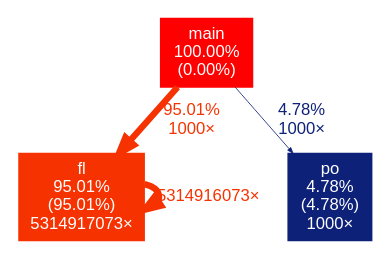
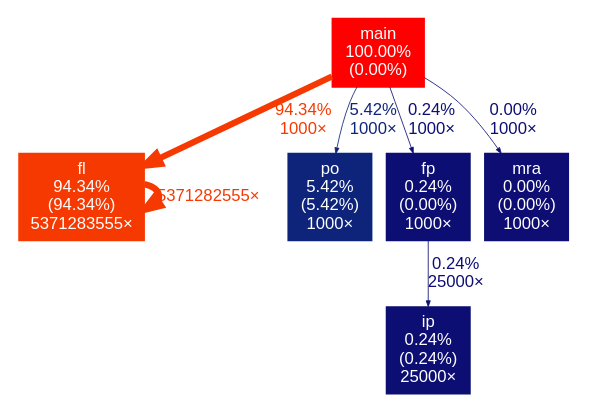
The diagram in result/q7/q7.dot (fmelosilva/performance-evaluation), drawn with Graphviz before and after one commit. The commit also changed 4 other files, not shown here.

```diff
--- a/result/q7/q7.dot
+++ b/result/q7/q7.dot
@@ -1,11 +1,17 @@
 digraph {
 	graph [fontname=Arial, nodesep=0.125, ranksep=0.25];
 	node [fontcolor=white, fontname=Arial, height=0, shape=box, style=filled, width=0];
 	edge [fontname=Arial];
 	1 [color="#ff0000", fontcolor="#ffffff", fontsize="10.00", label="main\n100.00%\n(0.00%)"];
-	1 -> 2 [arrowsize="0.97", color="#f73201", fontcolor="#f73201", fontsize="10.00", label="95.01%\n1000×", labeldistance="3.80", penwidth="3.80"];
-	1 -> 3 [arrowsize="0.35", color="#0d2179", fontcolor="#0d2179", fontsize="10.00", label="4.78%\n1000×", labeldistance="0.50", penwidth="0.50"];
-	2 [color="#f73201", fontcolor="#ffffff", fontsize="10.00", label="fl\n95.01%\n(95.01%)\n5314917073×"];
-	2 -> 2 [arrowsize="0.97", color="#f73201", fontcolor="#f73201", fontsize="10.00", label="5314916073×", labeldistance="3.80", penwidth="3.80"];
-	3 [color="#0d2179", fontcolor="#ffffff", fontsize="10.00", label="po\n4.78%\n(4.78%)\n1000×"];
+	1 -> 2 [arrowsize="0.97", color="#f63901", fontcolor="#f63901", fontsize="10.00", label="94.34%\n1000×", labeldistance="3.77", penwidth="3.77"];
+	1 -> 3 [arrowsize="0.35", color="#0d247a", fontcolor="#0d247a", fontsize="10.00", label="5.42%\n1000×", labeldistance="0.50", penwidth="0.50"];
+	1 -> 5 [arrowsize="0.35", color="#0d0e73", fontcolor="#0d0e73", fontsize="10.00", label="0.24%\n1000×", labeldistance="0.50", penwidth="0.50"];
+	1 -> 6 [arrowsize="0.35", color="#0d0d73", fontcolor="#0d0d73", fontsize="10.00", label="0.00%\n1000×", labeldistance="0.50", penwidth="0.50"];
+	2 [color="#f63901", fontcolor="#ffffff", fontsize="10.00", label="fl\n94.34%\n(94.34%)\n5371283555×"];
+	2 -> 2 [arrowsize="0.97", color="#f63901", fontcolor="#f63901", fontsize="10.00", label="5371282555×", labeldistance="3.77", penwidth="3.77"];
+	3 [color="#0d247a", fontcolor="#ffffff", fontsize="10.00", label="po\n5.42%\n(5.42%)\n1000×"];
+	4 [color="#0d0e73", fontcolor="#ffffff", fontsize="10.00", label="ip\n0.24%\n(0.24%)\n25000×"];
+	5 [color="#0d0e73", fontcolor="#ffffff", fontsize="10.00", label="fp\n0.24%\n(0.00%)\n1000×"];
+	5 -> 4 [arrowsize="0.35", color="#0d0e73", fontcolor="#0d0e73", fontsize="10.00", label="0.24%\n25000×", labeldistance="0.50", penwidth="0.50"];
+	6 [color="#0d0d73", fontcolor="#ffffff", fontsize="10.00", label="mra\n0.00%\n(0.00%)\n1000×"];
 }
```
